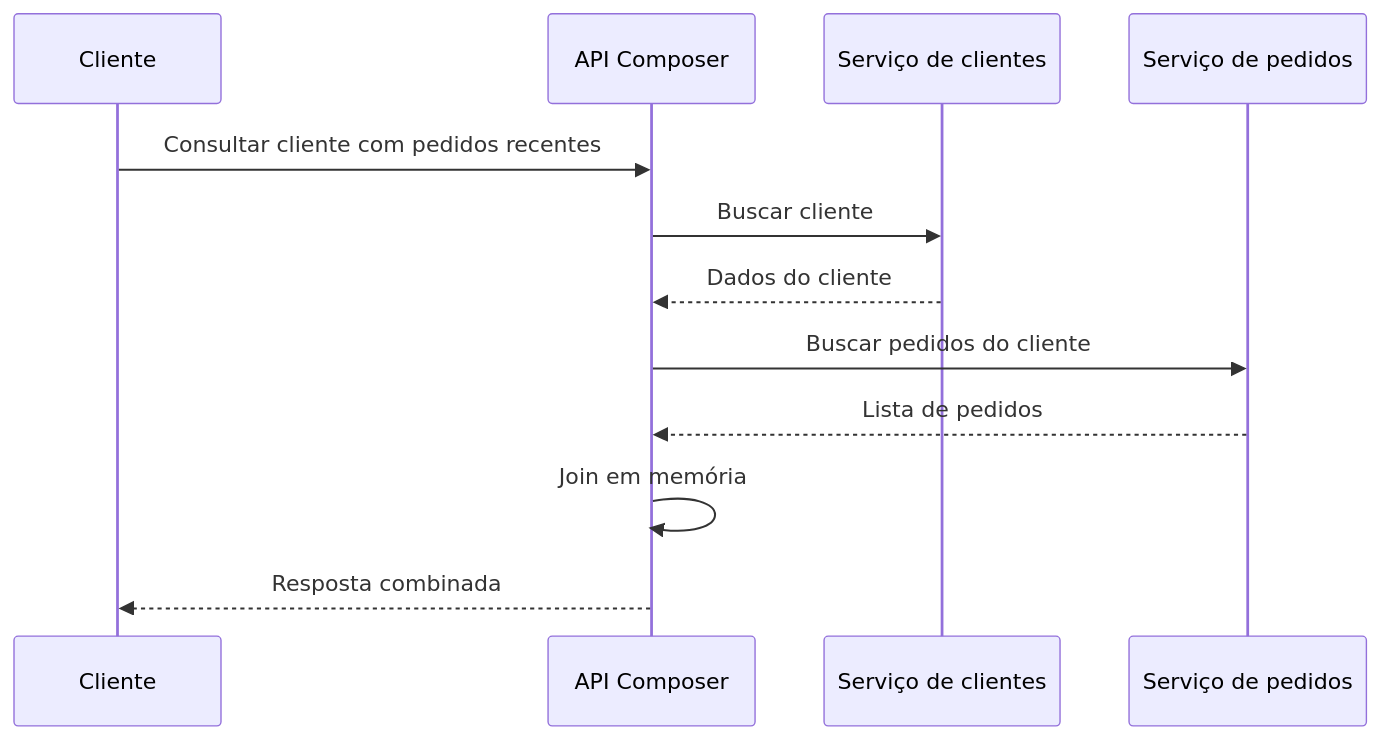
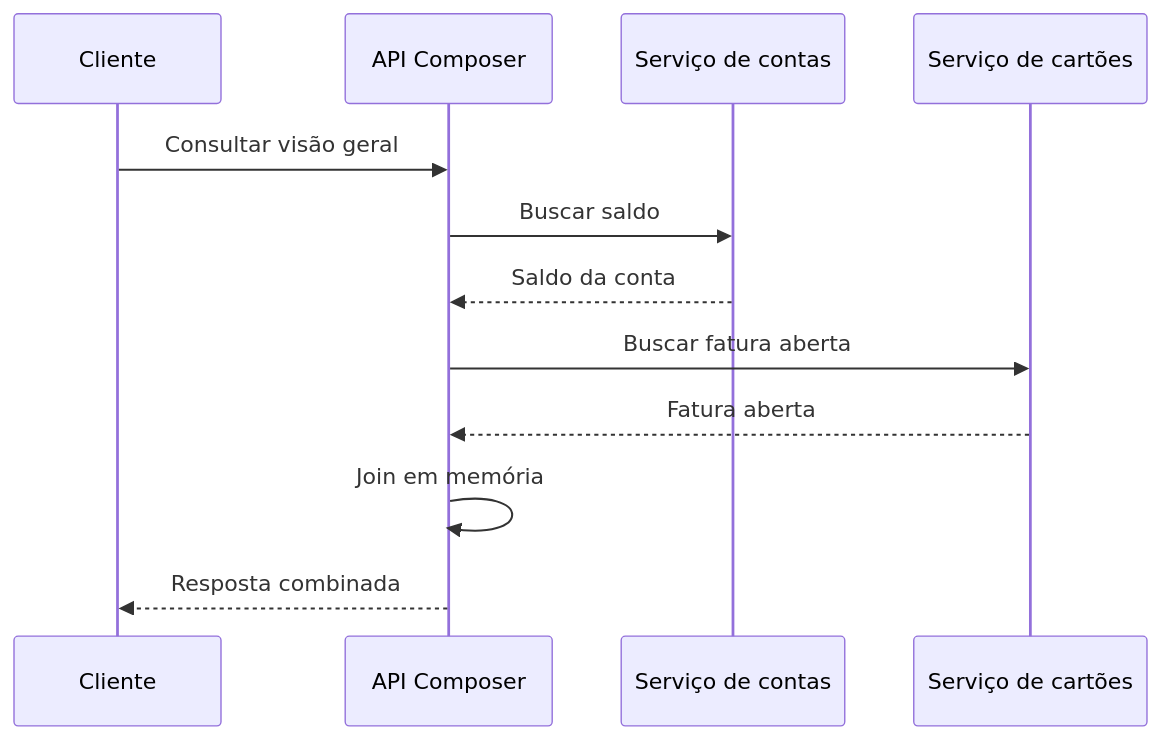
The diagram in docs/architecture/microservices/service-collaboration/api-composition.md (alancesar/design-patterns), drawn with Mermaid before and after one commit. The commit also changed other lines of this file and 27 other files, not shown here.

Commit message:
Switch microservices concrete diagrams to fintech scenarios

````diff
--- a/docs/architecture/microservices/service-collaboration/api-composition.md
+++ b/docs/architecture/microservices/service-collaboration/api-composition.md
@@ -54,14 +54,14 @@
 ```mermaid
 sequenceDiagram
     participant C as Cliente
     participant A as API Composer
-    participant CS as Serviço de clientes
-    participant OS as Serviço de pedidos
-    C->>A: Consultar cliente com pedidos recentes
-    A->>CS: Buscar cliente
-    CS-->>A: Dados do cliente
-    A->>OS: Buscar pedidos do cliente
-    OS-->>A: Lista de pedidos
+    participant ACC as Serviço de contas
+    participant CS as Serviço de cartões
+    C->>A: Consultar visão geral
+    A->>ACC: Buscar saldo
+    ACC-->>A: Saldo da conta
+    A->>CS: Buscar fatura aberta
+    CS-->>A: Fatura aberta
     A->>A: Join em memória
     A-->>C: Resposta combinada
 ```
````
